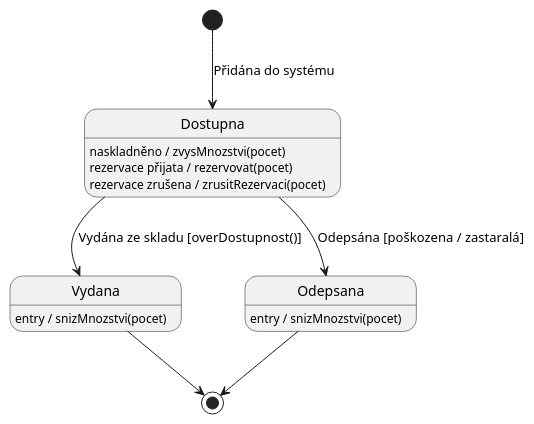
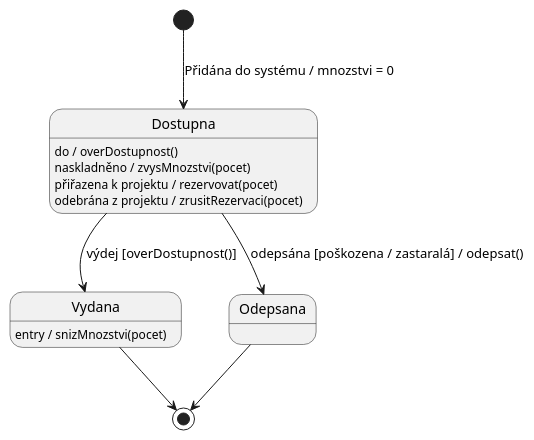
One commit to lkvapil/kOdevzdaniProjektWMS changed the diagram in diagrams/10_state_soucastka_projekt.puml. Above: the diagram before and after it, drawn with PlantUML. The commit also changed 11 other files, not shown here.

Commit message:
build: recompile vsechny diagramy

```diff
--- a/diagrams/10_state_soucastka_projekt.puml
+++ b/diagrams/10_state_soucastka_projekt.puml
@@ -1,22 +1,22 @@
 @startuml
 top to bottom direction
 
-' Bod 2: vnitřní přechody místo do/ pro jednorázové akce
-' Bod 7: entry místo do pro evidovat spotřebu a vyřadit z evidence
+[*] --> Dostupna : Přidána do systému / mnozstvi = 0
 
-[*] --> Dostupna : Přidána do systému
+Dostupna : do / overDostupnost()
 
 ' vnitřní přechody – jednorázové akce jako reakce na událost
 Dostupna : naskladněno / zvysMnozstvi(pocet)
-Dostupna : rezervace přijata / rezervovat(pocet)
-Dostupna : rezervace zrušena / zrusitRezervaci(pocet)
-Dostupna --> Vydana   : Vydána ze skladu [overDostupnost()]
-Dostupna --> Odepsana : Odepsána [poškozena / zastaralá]
+Dostupna : přiřazena k projektu / rezervovat(pocet)
+Dostupna : odebrána z projektu / zrusitRezervaci(pocet)
+
+' výdej: přechod nastane pouze pokud overDostupnost() = true
+Dostupna --> Vydana   : výdej [overDostupnost()]
+Dostupna --> Odepsana : odepsána [poškozena / zastaralá] / odepsat()
 
 Vydana : entry / snizMnozstvi(pocet)
 Vydana --> [*]
 
-Odepsana : entry / snizMnozstvi(pocet)
 Odepsana --> [*]
 
 @enduml
```
